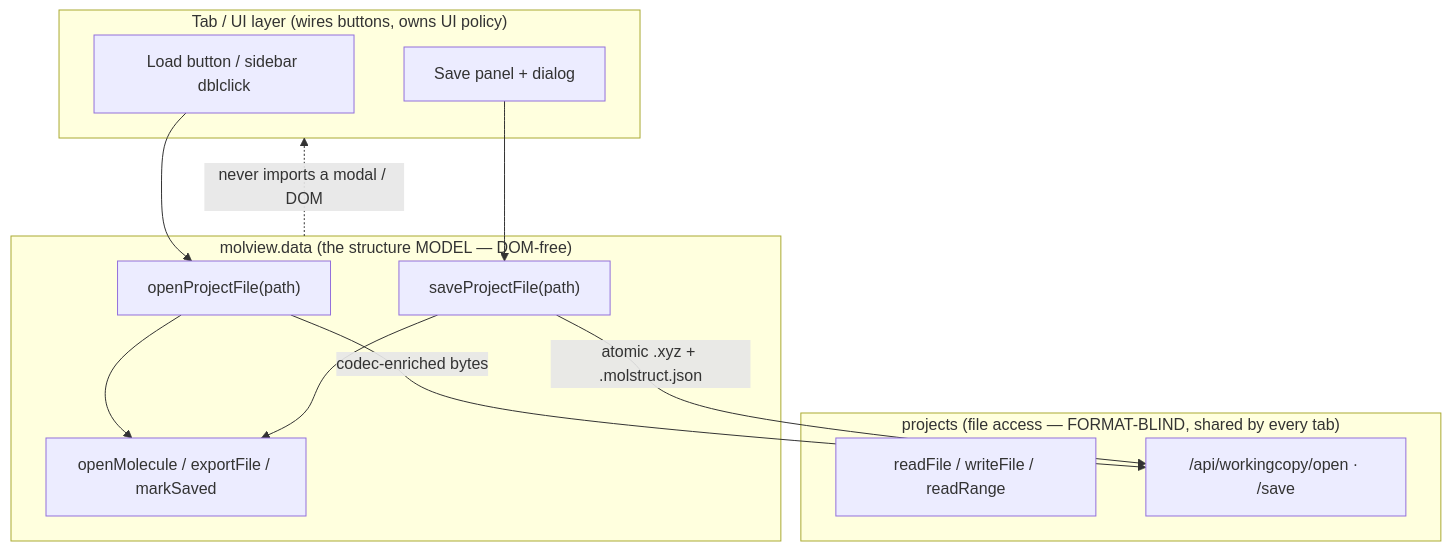
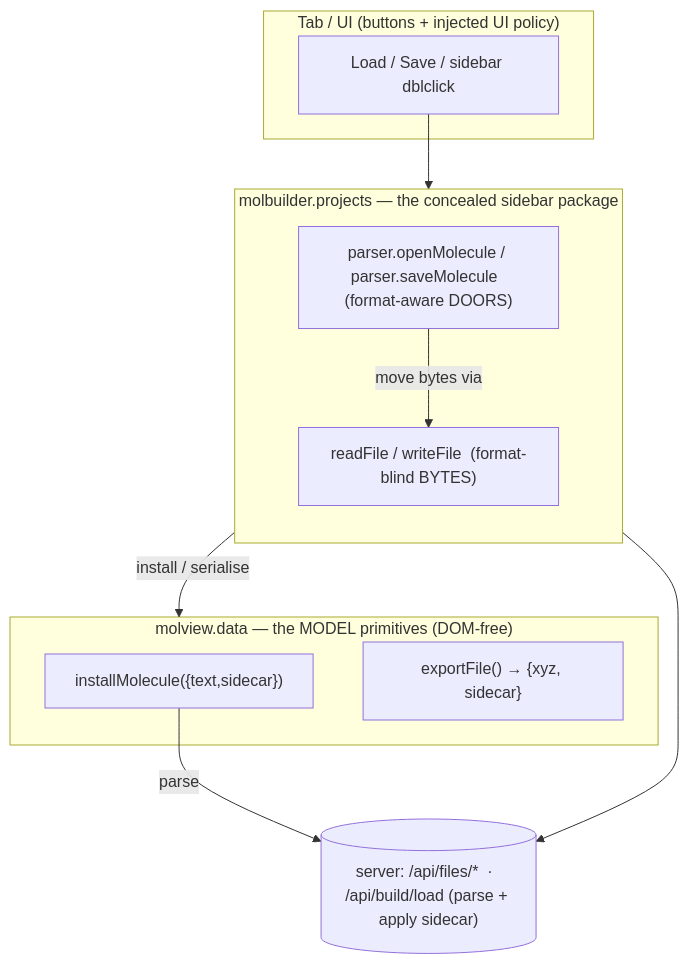
The first of 2 diagrams in docs/protocols/structure-load-save-contract.md (Qing-LAB/molbuilder), drawn with Mermaid before and after one commit. The commit also changed other lines of this file and 10 other files, not shown here.

First line of the commit message:
docs(projects-sidebar): consolidate into one master module contract

````diff
--- a/docs/protocols/structure-load-save-contract.md
+++ b/docs/protocols/structure-load-save-contract.md
@@ -25,23 +46,21 @@
 ```mermaid
 flowchart TB
-    subgraph UI["Tab / UI layer  (wires buttons, owns UI policy)"]
-        LB["Load button / sidebar dblclick"]
-        SB["Save panel + dialog"]
+    subgraph TAB["Tab / UI  (buttons + injected UI policy)"]
+        B["Load / Save / sidebar dblclick"]
     end
-    subgraph MV["molview.data  (the structure MODEL — DOM-free)"]
-        OPF["openProjectFile(path)"]
-        SPF["saveProjectFile(path)"]
-        OM["openMolecule / exportFile / markSaved"]
+    subgraph PR["molbuilder.projects — the concealed sidebar package"]
+        direction TB
+        DOORS["parser.openMolecule / parser.saveMolecule  (format-aware DOORS)"]
+        BYTES["readFile / writeFile  (format-blind BYTES)"]
+        DOORS -->|"move bytes via"| BYTES
     end
-    subgraph PR["projects  (file access — FORMAT-BLIND, shared by every tab)"]
-        RF["readFile / writeFile / readRange"]
-        WC["/api/workingcopy/open · /save"]
+    subgraph MV["molview.data — the MODEL primitives (DOM-free)"]
+        IM["installMolecule({text,sidecar})"]
+        EF["exportFile() → {xyz, sidecar}"]
     end
-    LB --> OPF
-    SB --> SPF
-    OPF --> OM
-    SPF --> OM
-    OPF -->|codec-enriched bytes| WC
-    SPF -->|atomic .xyz + .molstruct.json| WC
-    MV -. never imports a modal / DOM .-> UI
+    SRV[("server: /api/files/*  ·  /api/build/load (parse + apply sidecar)")]
+    B --> DOORS
+    DOORS -->|"install / serialise"| MV
+    BYTES --> SRV
+    IM -->|"parse"| SRV
 ```
````
